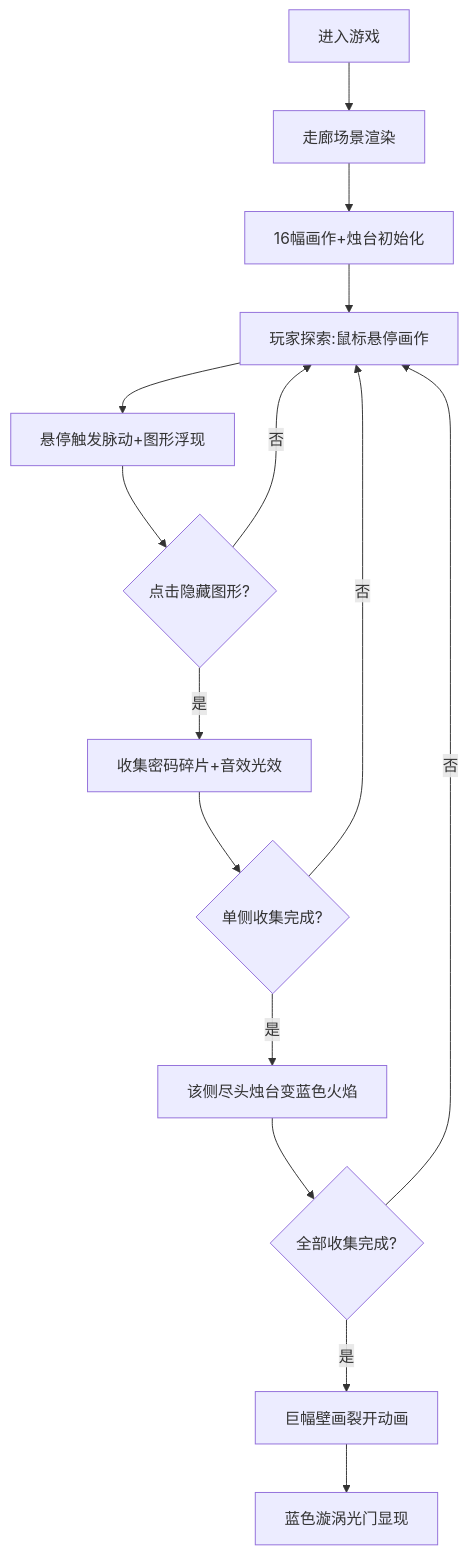
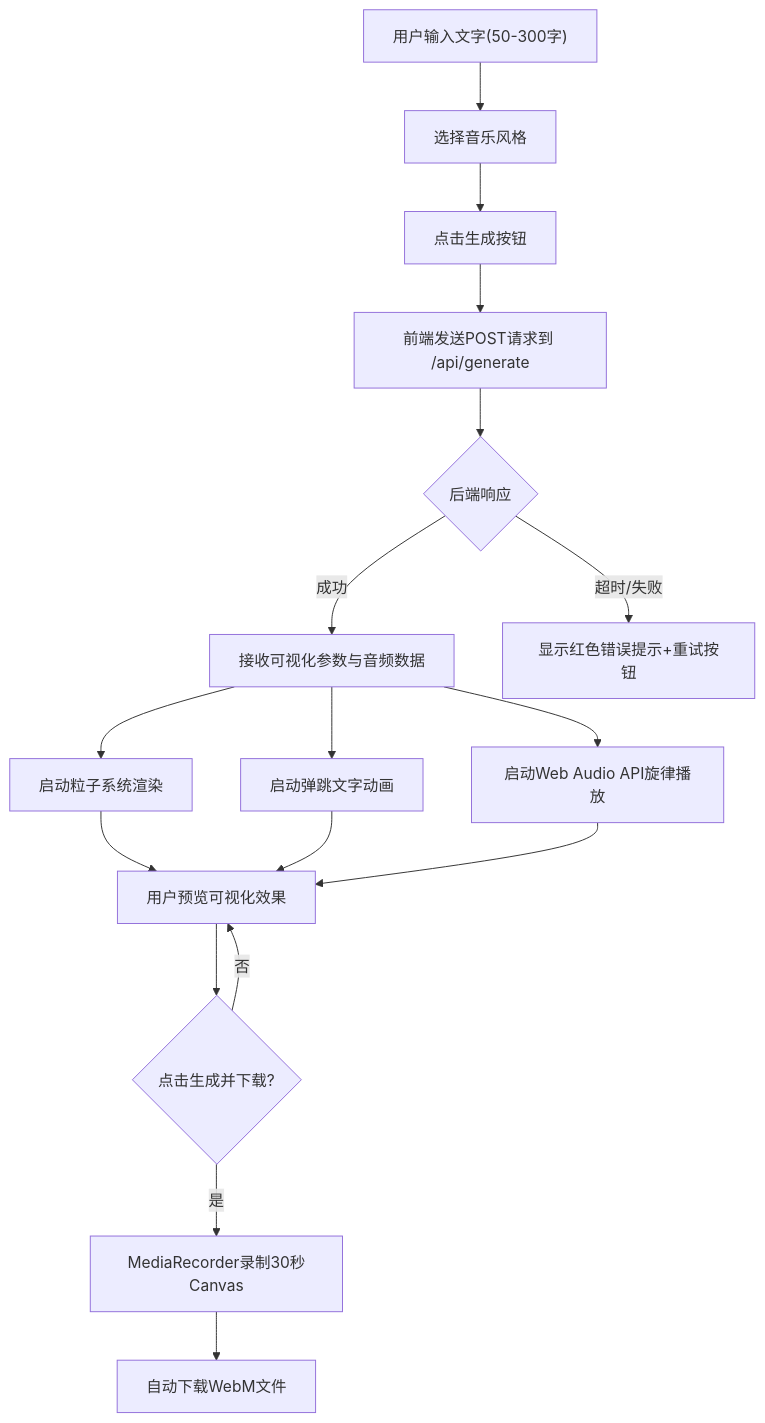
The diagram in cp2_6.11_auto20/.trae/documents/prd.md (NUDT-ZSL/Solo), drawn with Mermaid before and after one commit. The commit also changed other lines of this file and 12 other files, not shown here.

````diff
--- a/cp2_6.11_auto20/.trae/documents/prd.md
+++ b/cp2_6.11_auto20/.trae/documents/prd.md
@@ -34,17 +33,19 @@
 ```mermaid
 flowchart TD
-    A["进入游戏"] --> B["走廊场景渲染"]
-    B --> C["16幅画作+烛台初始化"]
-    C --> D["玩家探索:鼠标悬停画作"]
-    D --> E["悬停触发脉动+图形浮现"]
-    E --> F{"点击隐藏图形?"}
-    F -->|"否"| D
-    F -->|"是"| G["收集密码碎片+音效光效"]
-    G --> H{"单侧收集完成?"}
-    H -->|"是"| I["该侧尽头烛台变蓝色火焰"]
-    H -->|"否"| D
-    I --> J{"全部收集完成?"}
-    J -->|"否"| D
-    J -->|"是"| K["巨幅壁画裂开动画"]
-    K --> L["蓝色漩涡光门显现"]
+    A["用户输入文字(50-300字)"] --> B["选择音乐风格"]
+    B --> C["点击生成按钮"]
+    C --> D["前端发送POST请求到 /api/generate"]
+    D --> E{"后端响应"}
+    E -->|成功| F["接收可视化参数与音频数据"]
+    E -->|超时/失败| G["显示红色错误提示+重试按钮"]
+    F --> H["启动粒子系统渲染"]
+    F --> I["启动弹跳文字动画"]
+    F --> J["启动Web Audio API旋律播放"]
+    H --> K["用户预览可视化效果"]
+    I --> K
+    J --> K
+    K --> L{"点击生成并下载?"}
+    L -->|是| M["MediaRecorder录制30秒Canvas"]
+    M --> N["自动下载WebM文件"]
+    L -->|否| K
 ```
````
